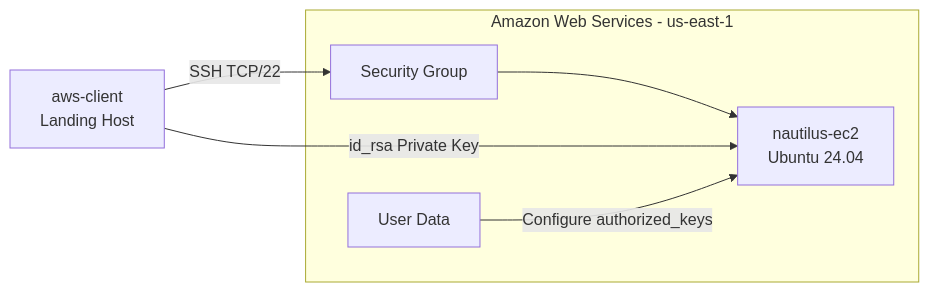
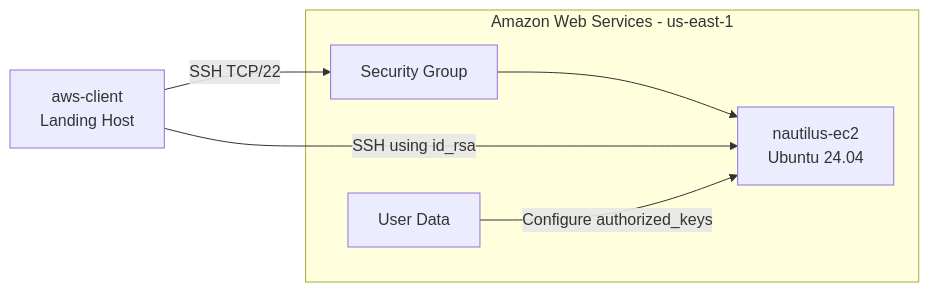
The diagram in AWS/EC2/22-EC2-SSH-Access/README.md (aman-khadiya/cloud-labs), drawn with Mermaid before and after one commit.

Commit message:
Add AWS EC2 SSH access lab

````diff
--- a/AWS/EC2/22-EC2-SSH-Access/README.md
+++ b/AWS/EC2/22-EC2-SSH-Access/README.md
@@ -85,13 +85,19 @@
 ```mermaid
 flowchart LR
+
     A[aws-client<br/>Landing Host] -->|SSH TCP/22| B[Security Group]
+
     B --> C[nautilus-ec2<br/>Ubuntu 24.04]
-    A -->|id_rsa Private Key| C
+
+    A -->|SSH using id_rsa| C
+
     D[User Data] -->|Configure authorized_keys| C
 
     subgraph AWS[Amazon Web Services - us-east-1]
+
         B
         C
         D
+
     end
 ```
````
